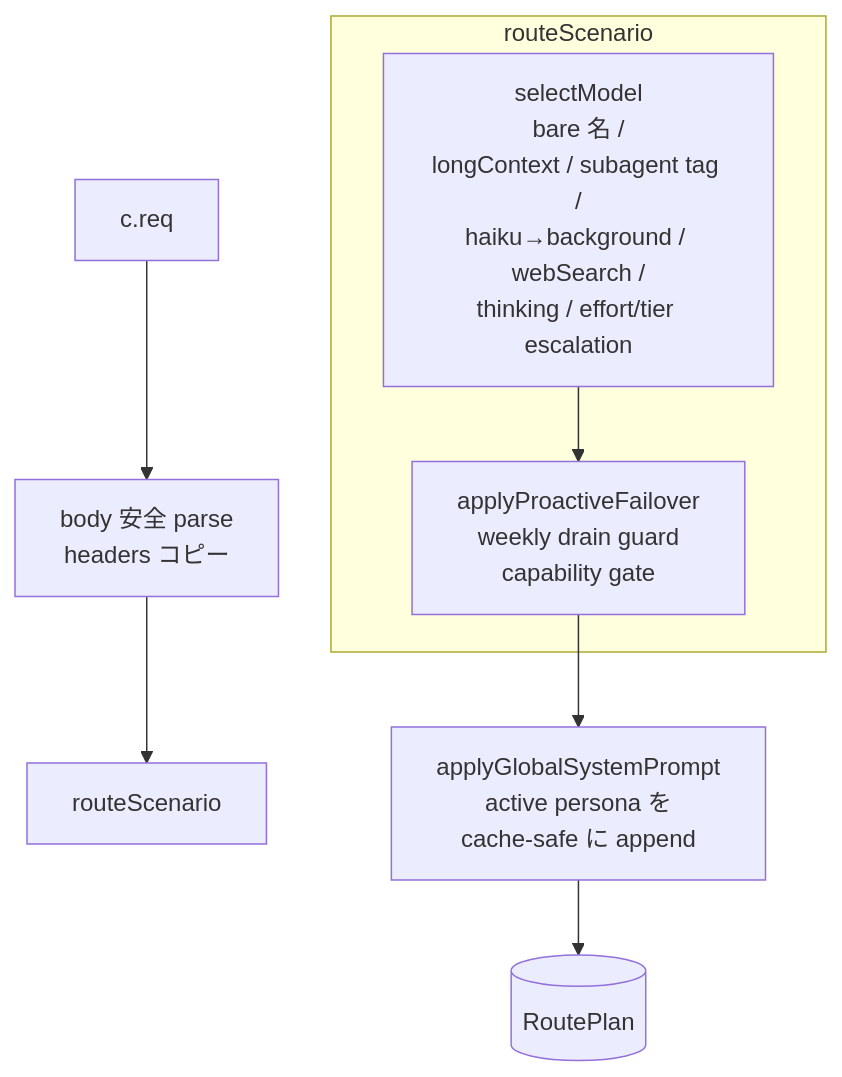
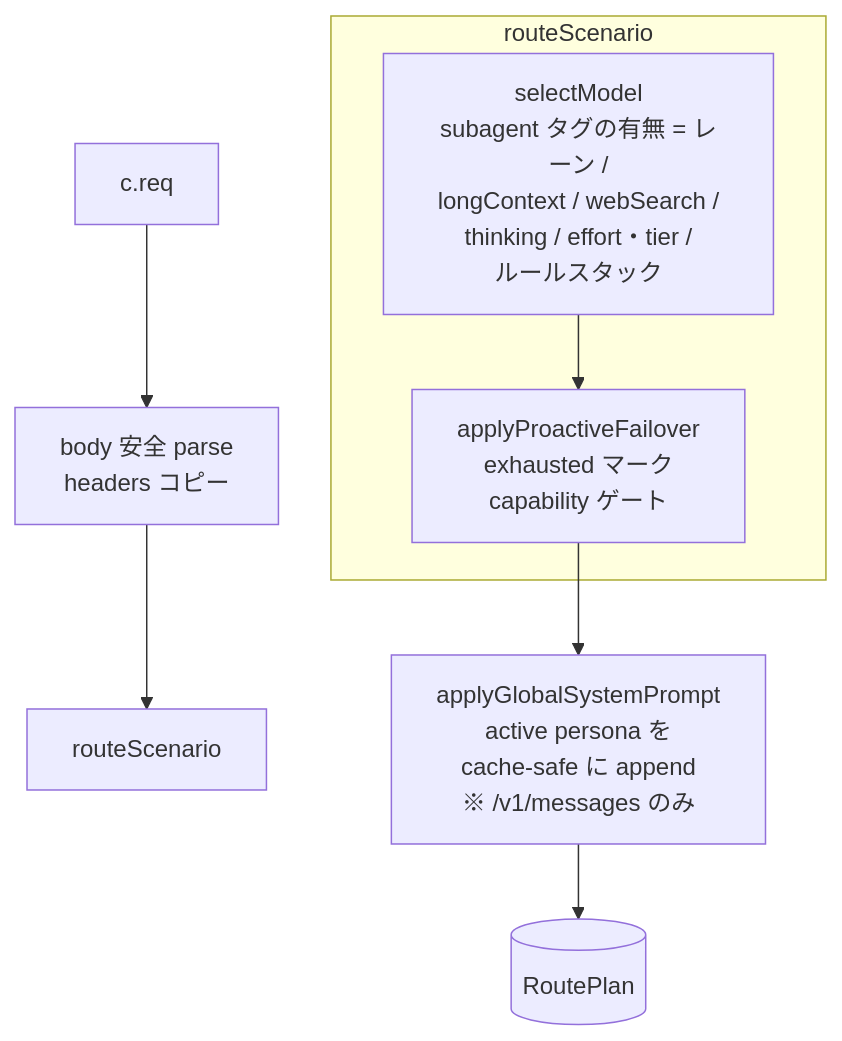
Before and after one commit to tkgstrator/claude-code-router: the tenth of 12 diagrams in docs/architecture/pipeline-overview.md, drawn with Mermaid. The commit also changed other lines of this file and 140 other files, not shown here.

````diff
--- a/docs/architecture/pipeline-overview.md
+++ b/docs/architecture/pipeline-overview.md
@@ -452,11 +491,11 @@
 ```mermaid
 flowchart TD
   R[c.req] --> PARSE[body 安全 parse<br/>headers コピー]
   PARSE --> RS[routeScenario]
   subgraph RS_BOX[routeScenario]
-    SEL[selectModel<br/>bare 名 /<br/>longContext / subagent tag /<br/>haiku→background / webSearch /<br/>thinking / effort/tier escalation]
-    SEL --> APF[applyProactiveFailover<br/>weekly drain guard<br/>capability gate]
+    SEL[selectModel<br/>subagent タグの有無 = レーン /<br/>longContext / webSearch /<br/>thinking / effort・tier /<br/>ルールスタック]
+    SEL --> APF[applyProactiveFailover<br/>exhausted マーク<br/>capability ゲート]
   end
-  APF --> PERSONA[applyGlobalSystemPrompt<br/>active persona を<br/>cache-safe に append]
+  APF --> PERSONA[applyGlobalSystemPrompt<br/>active persona を<br/>cache-safe に append<br/>※ /v1/messages のみ]
   PERSONA --> PLAN[(RoutePlan)]
 ```
````
